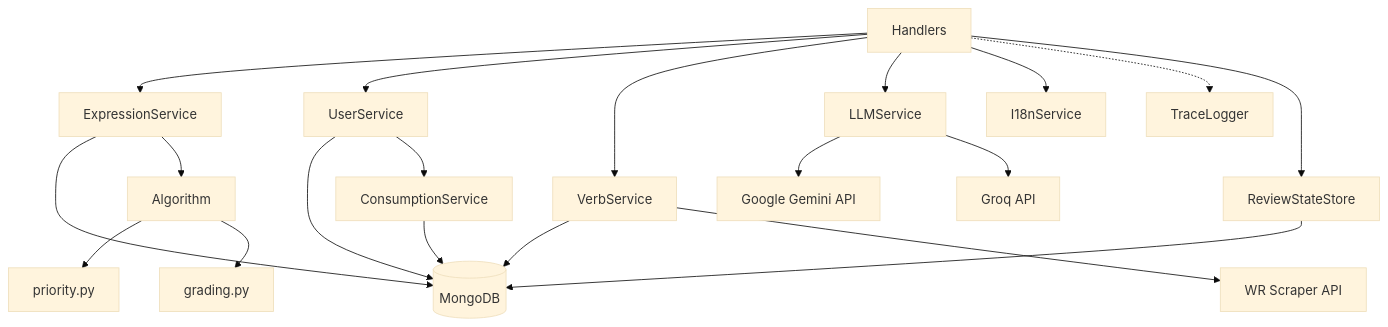
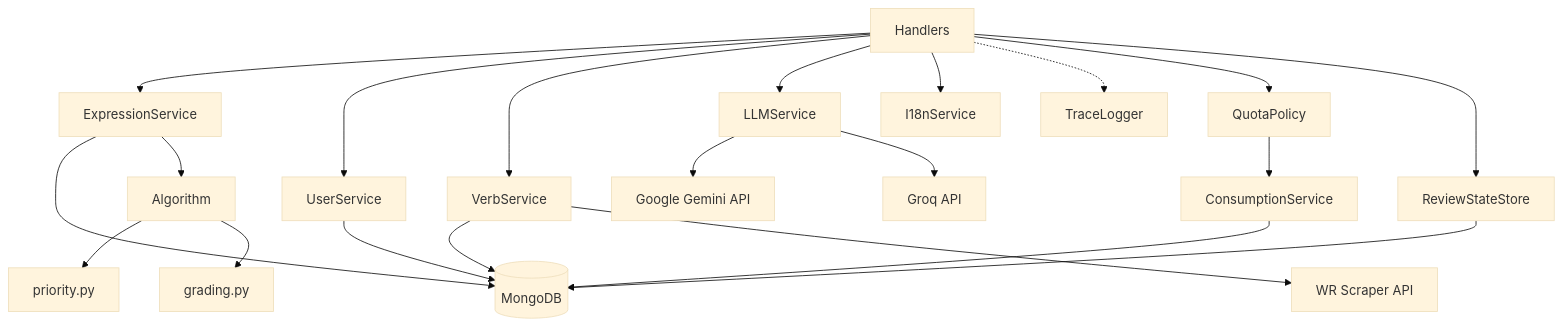
The first of 2 diagrams in flashcard-project/docs/services.md (d-khalang/FlashCard_ecosystem), drawn with Mermaid (base theme) before and after one commit. The commit also changed other lines of this file and 28 other files, not shown here.

First line of the commit message:
refactor(quota): make quota one policy owned by the use-case layer

````diff
--- a/flashcard-project/docs/services.md
+++ b/flashcard-project/docs/services.md
@@ -7,24 +7,25 @@
 ```mermaid
 graph TD
     H[Handlers] --> ES[ExpressionService]
     H --> US[UserService]
     H --> VS[VerbService]
     H --> LLM[LLMService]
     H --> I18N[I18nService]
     H -.-> TL[TraceLogger]
     
     ES --> DB[(MongoDB)]
     US --> DB
-    US --> CS[ConsumptionService]
+    H --> QP[QuotaPolicy]
+    QP --> CS[ConsumptionService]
     H --> RS[ReviewStateStore]
     RS --> DB
     VS --> DB
     VS --> SCRAPER[WR Scraper API]
     LLM --> GEMINI[Google Gemini API]
     LLM --> GROQ[Groq API]
     CS --> DB
     
     ES --> ALG[Algorithm]
     ALG --> PRI[priority.py]
     ALG --> GRD[grading.py]
 ```
````
